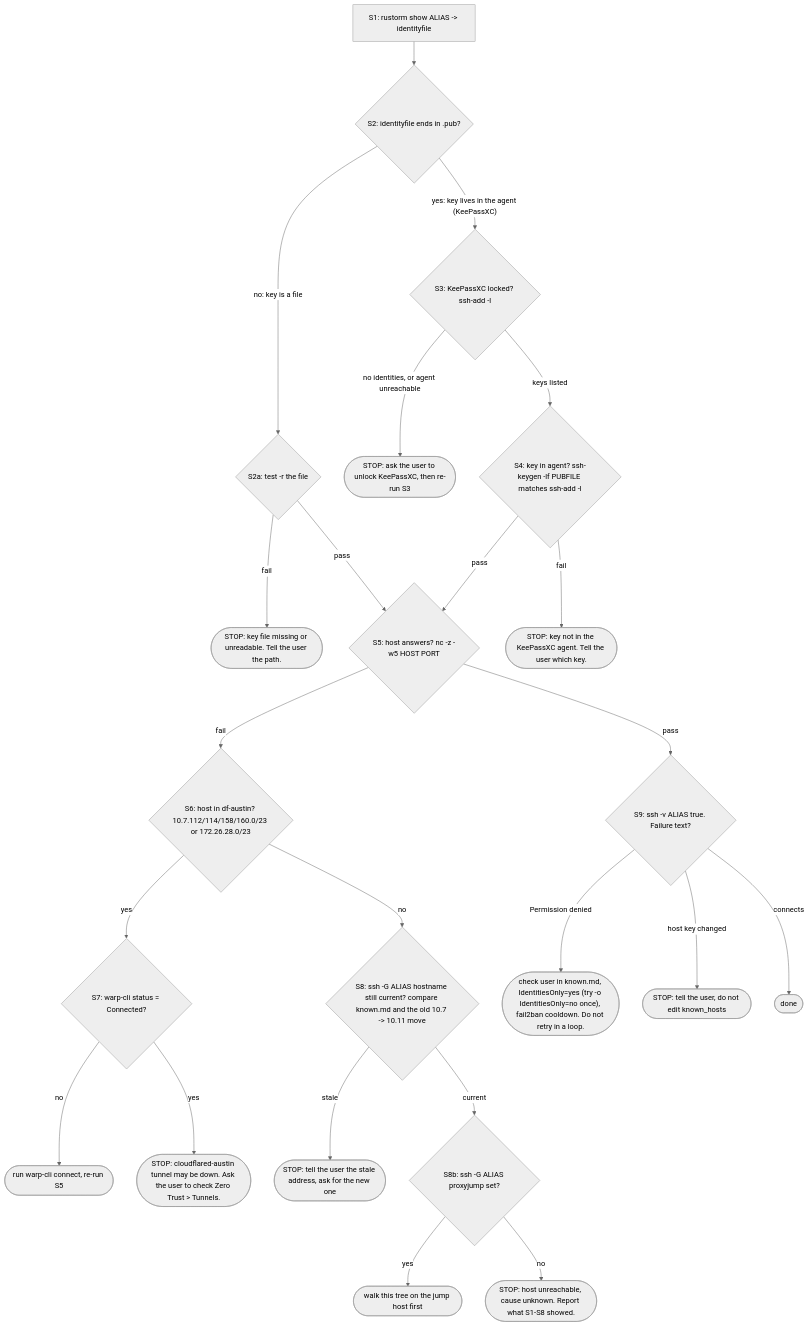
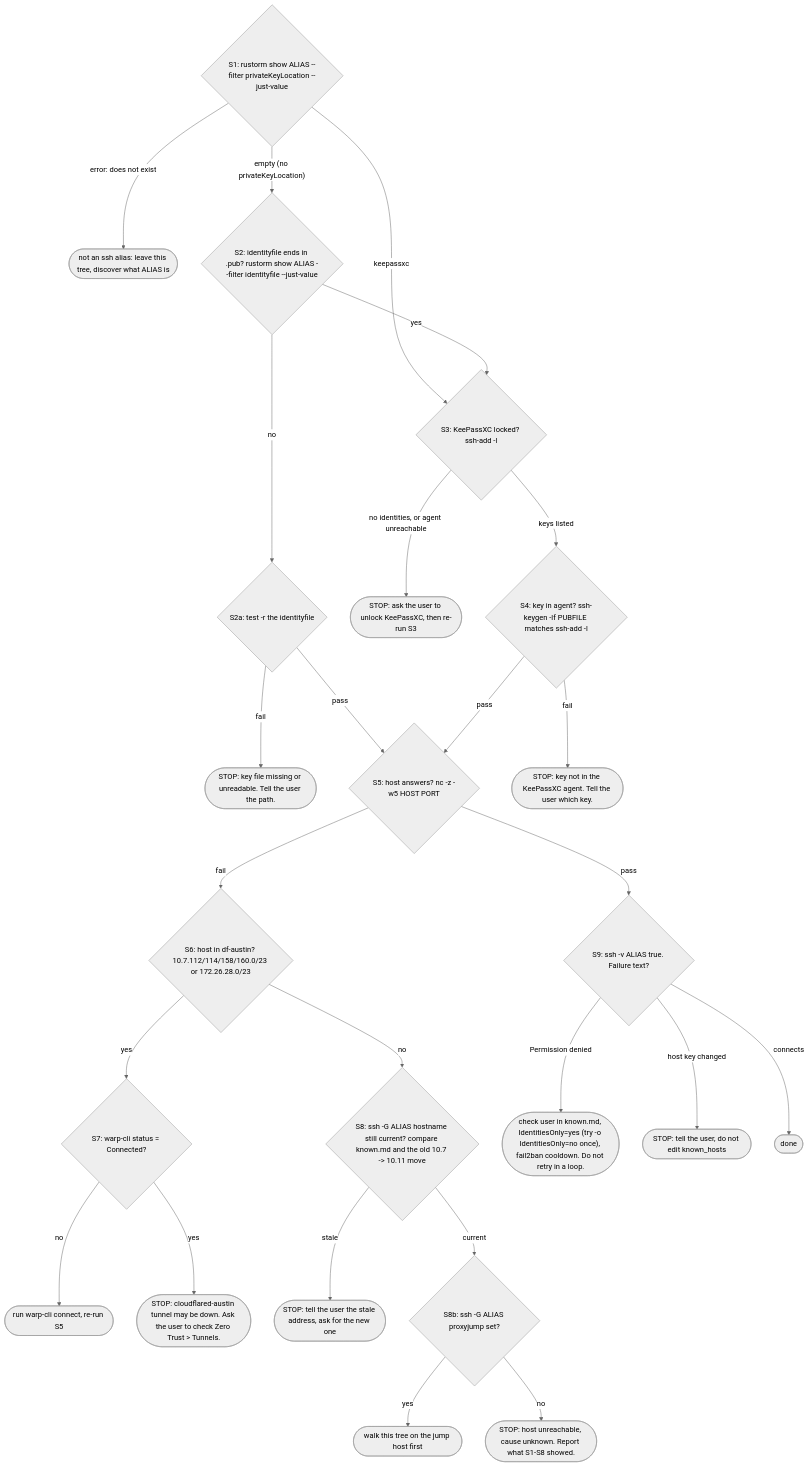
The second of 2 diagrams in skills/accounts/SKILL.md (x85446/claudecodetricks), drawn with Mermaid (neutral theme) before and after one commit. The commit also changed other lines of this file, not shown here.

Commit message:
fix(accounts): ssh tree reads rustorm privateKeyLocation
S1 now asks rustorm for privateKeyLocation. keepassxc goes straight to the
agent lock check; absent falls back to the .pub heuristic; a missing alias
leaves the tree. Duplicate-definition warnings are surfaced in one line.

Claude-Session: https://claude.ai/code/session_01BZtv4UXiqTg6s9br2WDeE5

````diff
--- a/skills/accounts/SKILL.md
+++ b/skills/accounts/SKILL.md
@@ -168,27 +168,30 @@
 ```mermaid
 flowchart TD
-  S1["S1: rustorm show ALIAS -> identityfile"]
-  S1 --> S2{"S2: identityfile ends in .pub?"}
-  S2 -->|"no: key is a file"| S2a{"S2a: test -r the file"}
+  S1{"S1: rustorm show ALIAS --filter privateKeyLocation --just-value"}
+  S1 -->|"error: does not exist"| L0(["not an ssh alias: leave this tree, discover what ALIAS is"])
+  S1 -->|keepassxc| S3
+  S1 -->|"empty (no privateKeyLocation)"| S2{"S2: identityfile ends in .pub? rustorm show ALIAS --filter identityfile --just-value"}
+  S2 -->|yes| S3
+  S2 -->|no| S2a{"S2a: test -r the identityfile"}
   S2a -->|fail| L1(["STOP: key file missing or unreadable. Tell the user the path."])
   S2a -->|pass| S5
-  S2 -->|"yes: key lives in the agent (KeePassXC)"| S3{"S3: KeePassXC locked? ssh-add -l"}
+  S3{"S3: KeePassXC locked? ssh-add -l"}
   S3 -->|"no identities, or agent unreachable"| L2(["STOP: ask the user to unlock KeePassXC, then re-run S3"])
   S3 -->|keys listed| S4{"S4: key in agent? ssh-keygen -lf PUBFILE matches ssh-add -l"}
   S4 -->|fail| L3(["STOP: key not in the KeePassXC agent. Tell the user which key."])
   S4 -->|pass| S5{"S5: host answers? nc -z -w5 HOST PORT"}
   S5 -->|pass| S9
   S5 -->|fail| S6{"S6: host in df-austin? 10.7.112/114/158/160.0/23 or 172.26.28.0/23"}
   S6 -->|yes| S7{"S7: warp-cli status = Connected?"}
   S7 -->|no| L4(["run warp-cli connect, re-run S5"])
   S7 -->|yes| L5(["STOP: cloudflared-austin tunnel may be down. Ask the user to check Zero Trust > Tunnels."])
   S6 -->|no| S8{"S8: ssh -G ALIAS hostname still current? compare known.md and the old 10.7 -> 10.11 move"}
   S8 -->|stale| L6(["STOP: tell the user the stale address, ask for the new one"])
   S8 -->|current| S8b{"S8b: ssh -G ALIAS proxyjump set?"}
   S8b -->|yes| L7(["walk this tree on the jump host first"])
   S8b -->|no| L8(["STOP: host unreachable, cause unknown. Report what S1-S8 showed."])
   S9{"S9: ssh -v ALIAS true. Failure text?"}
   S9 -->|"Permission denied"| L9(["check user in known.md, IdentitiesOnly=yes (try -o IdentitiesOnly=no once), fail2ban cooldown. Do not retry in a loop."])
   S9 -->|"host key changed"| L10(["STOP: tell the user, do not edit known_hosts"])
   S9 -->|connects| L11(["done"])
 ```
````
